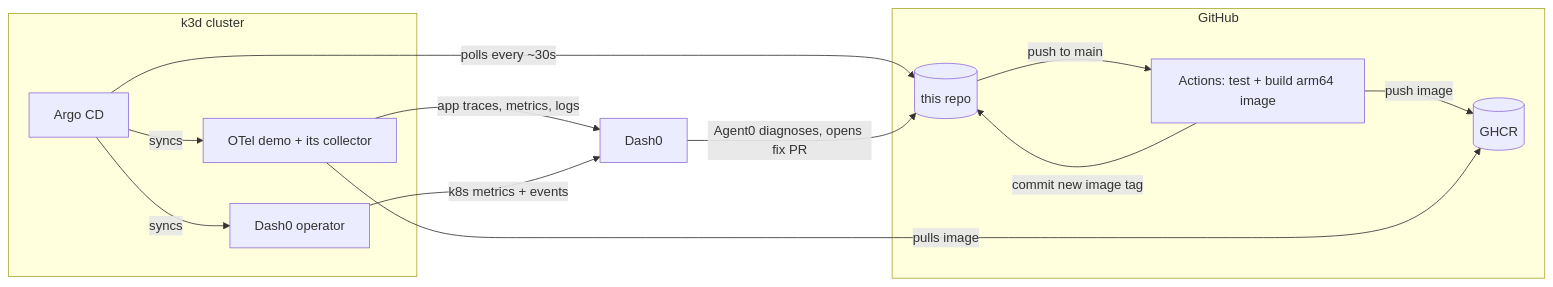
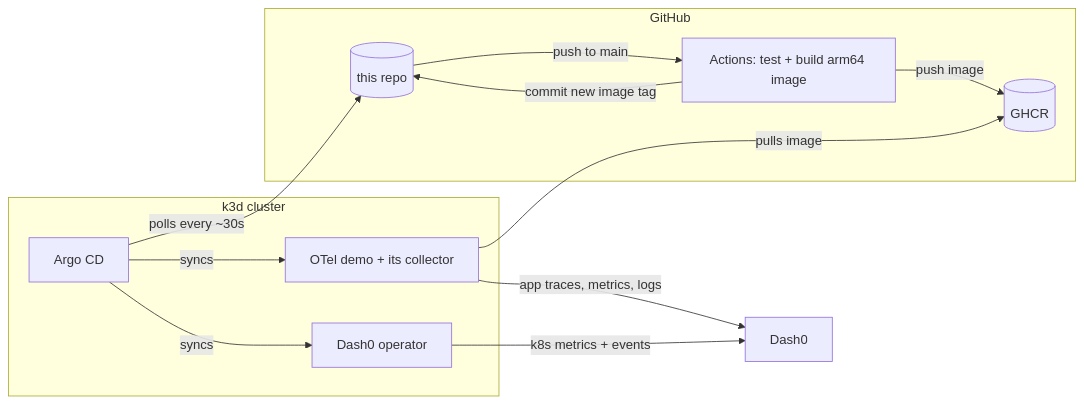
One commit to brampling/oteldemo-autofix changed the diagram in README.md. Above: the diagram before and after it, drawn with Mermaid. The commit also changed other lines of this file, not shown here.

````diff
--- a/README.md
+++ b/README.md
@@ -13,17 +10,16 @@
 ```mermaid
 flowchart LR
     subgraph GitHub
         repo[(this repo)] -->|push to main| ci[Actions: test + build arm64 image]
         ci -->|push image| ghcr[(GHCR)]
         ci -->|commit new image tag| repo
     end
     subgraph cluster[k3d cluster]
         argo[Argo CD] -->|polls every ~30s| repo
         argo -->|syncs| demo[OTel demo + its collector]
         argo -->|syncs| op[Dash0 operator]
         demo -->|pulls image| ghcr
     end
     demo -->|app traces, metrics, logs| dash0[Dash0]
     op -->|k8s metrics + events| dash0
-    dash0 -->|Agent0 diagnoses, opens fix PR| repo
 ```
````
